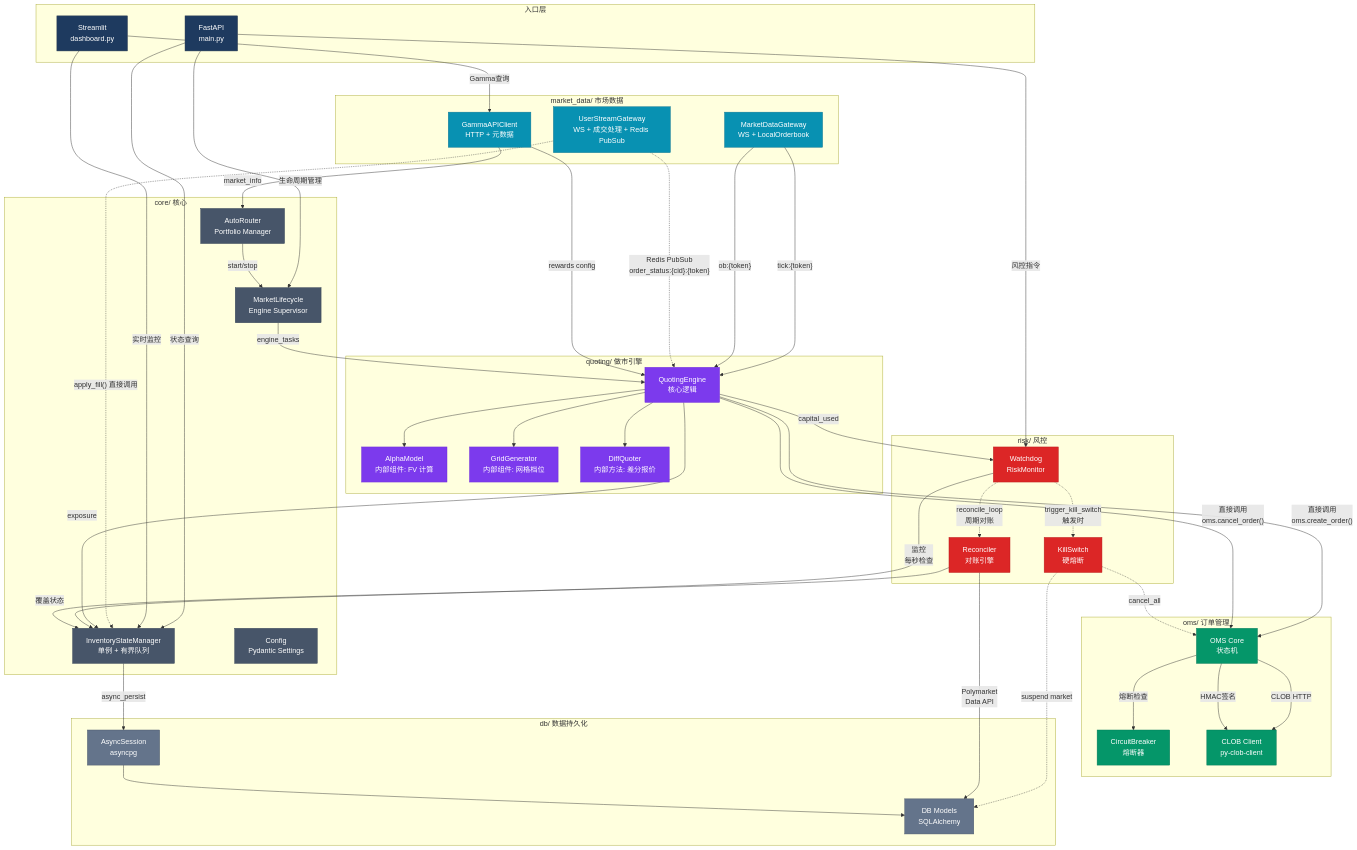
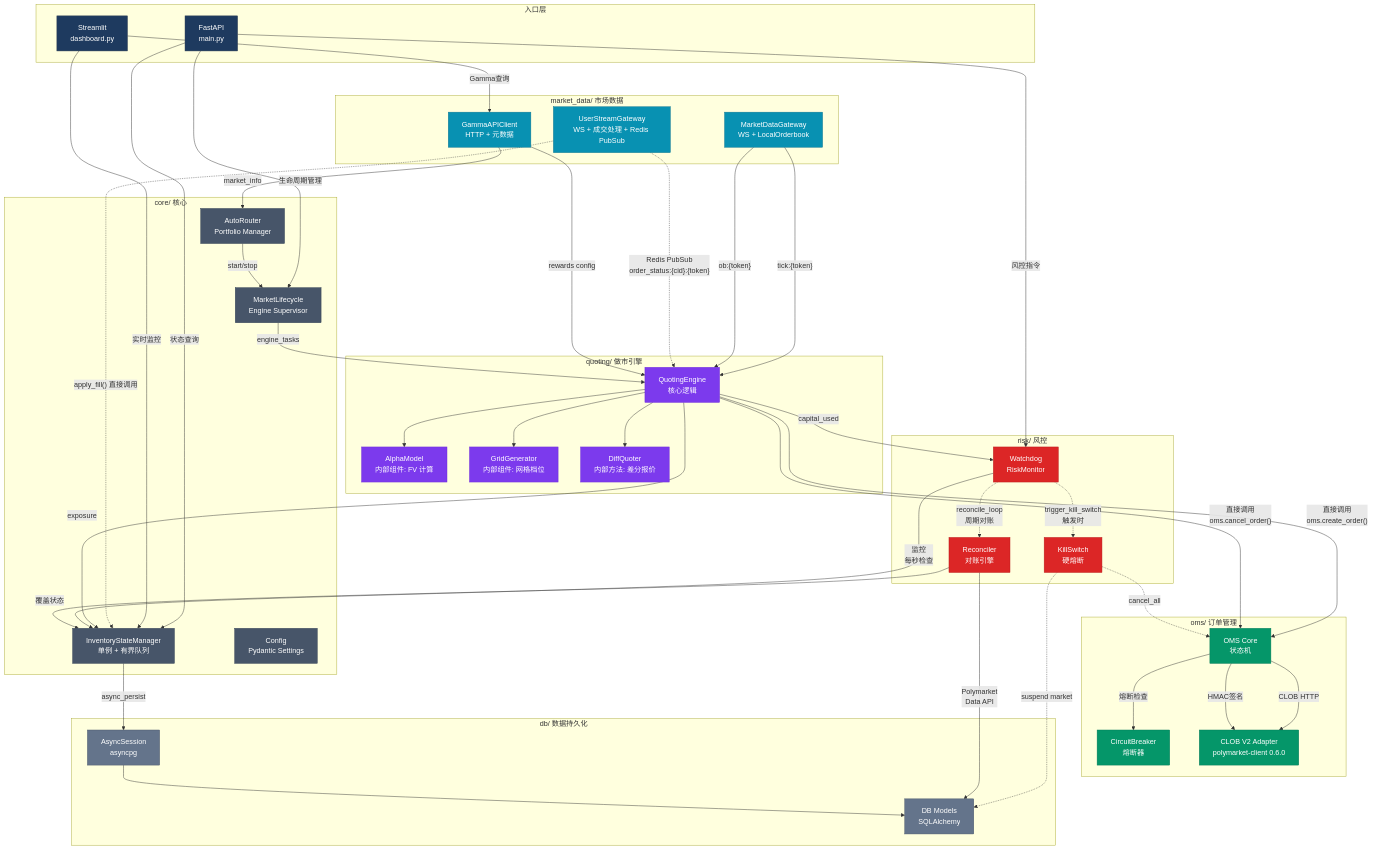
Before and after one commit to liu-kaining/PolyMatrixEngine: the diagram in spec/architecture_diagrams/02_module_relationships.md, drawn with Mermaid. The commit also changed 38 other files, not shown here.

```diff
--- a/spec/architecture_diagrams/02_module_relationships.md
+++ b/spec/architecture_diagrams/02_module_relationships.md
@@ -40,7 +40,7 @@
     subgraph OMS["oms/ 订单管理"]
         OMSCore["OMS Core<br/>状态机"]
         Circuit["CircuitBreaker<br/>熔断器"]
-        ClobClient["CLOB Client<br/>py-clob-client"]
+        ClobClient["CLOB V2 Adapter<br/>polymarket-client 0.6.0"]
     end
 
     subgraph Risk["risk/ 风控"]
```
